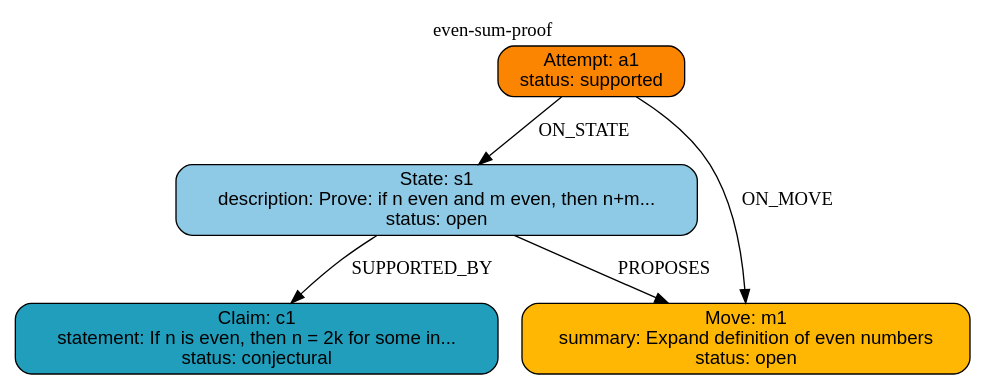
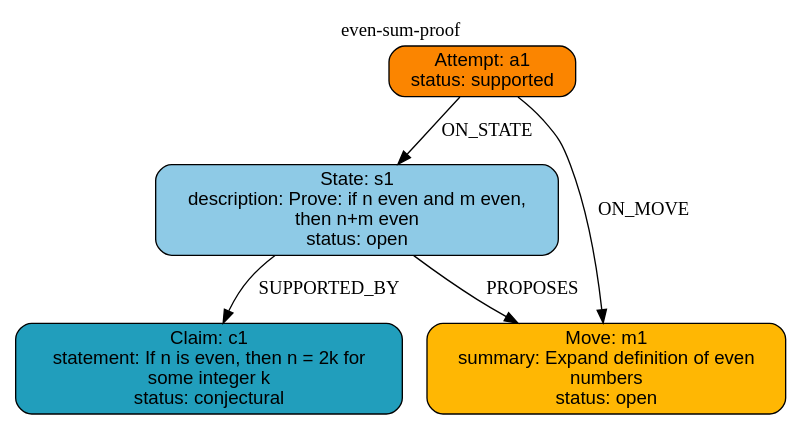
The diagram in mork/proofs/even-sum-proof.dot (iCog-Labs-Dev/persistent-atp), drawn with Graphviz before and after one commit.

Commit message:
test even-sum-proof visualizer

```diff
--- a/mork/proofs/even-sum-proof.dot
+++ b/mork/proofs/even-sum-proof.dot
@@ -1,13 +1,13 @@
 digraph proof {
   rankdir="TB";
   node [shape=box, style="rounded,filled", fontname="Helvetica"];
   labelloc="t"; label="even-sum-proof";
-  "s1" [label="State: s1\ndescription: Prove: if n even and m even, then n+m...\nstatus: open", fillcolor="#8ecae6", style="rounded,filled"];
-  "c1" [label="Claim: c1\nstatement: If n is even, then n = 2k for some in...\nstatus: conjectural", fillcolor="#219ebc", style="rounded,filled"];
-  "m1" [label="Move: m1\nsummary: Expand definition of even numbers\nstatus: open", fillcolor="#ffb703", style="rounded,filled"];
+  "s1" [label="State: s1\ndescription: Prove: if n even and m even,\nthen n+m even\nstatus: open", fillcolor="#8ecae6", style="rounded,filled"];
+  "c1" [label="Claim: c1\nstatement: If n is even, then n = 2k for\nsome integer k\nstatus: conjectural", fillcolor="#219ebc", style="rounded,filled"];
+  "m1" [label="Move: m1\nsummary: Expand definition of even\nnumbers\nstatus: open", fillcolor="#ffb703", style="rounded,filled"];
   "a1" [label="Attempt: a1\nstatus: supported", fillcolor="#fb8500", style="rounded,filled"];
   "s1" -> "c1" [label="SUPPORTED_BY", style="solid"];
   "s1" -> "m1" [label="PROPOSES", style="solid"];
   "a1" -> "s1" [label="ON_STATE", style="solid"];
   "a1" -> "m1" [label="ON_MOVE", style="solid"];
 }
```
